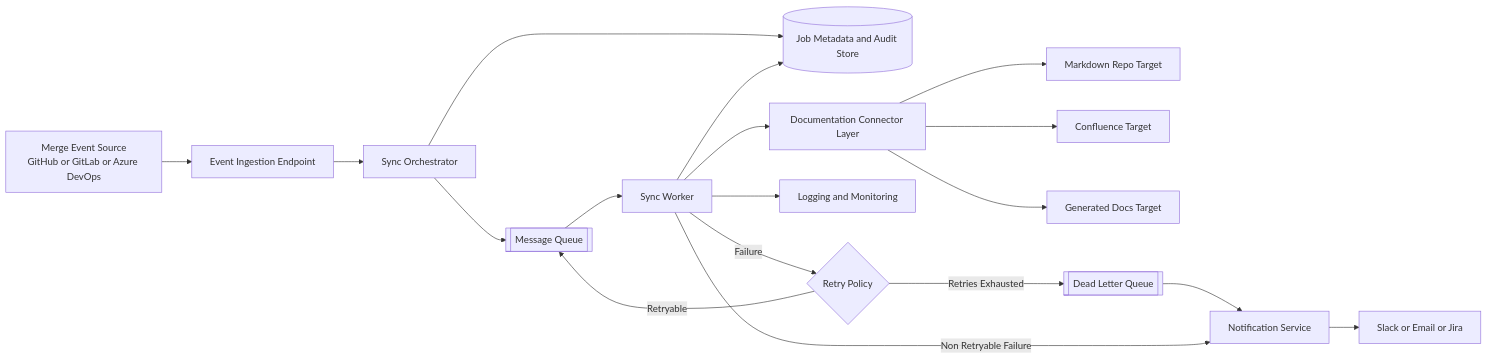
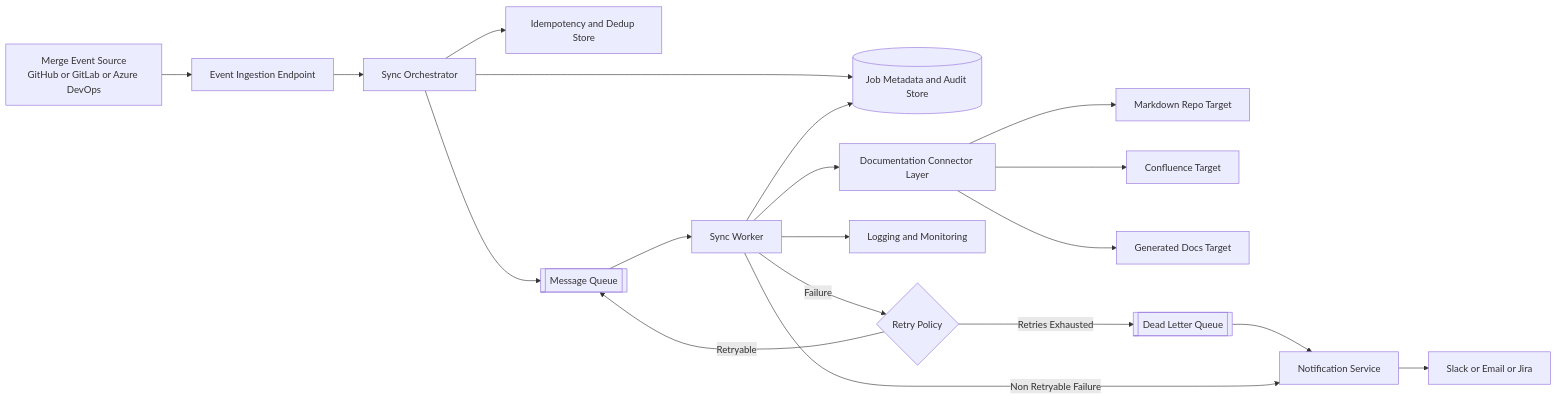
The diagram in architecture.md (ruchikajoshi88-source/github-copilot-capstone), drawn with Mermaid before and after one commit. The commit also changed other lines of this file and 1 other file, not shown here.

Commit message:
Refine architecture and add design review recommendations

```diff
--- a/architecture.md
+++ b/architecture.md
@@ -17,26 +19,27 @@
 ~~~mermaid
 flowchart LR
     A[Merge Event Source<br/>GitHub or GitLab or Azure DevOps] --> B[Event Ingestion Endpoint]
     B --> C[Sync Orchestrator]
+    C --> P[Idempotency and Dedup Store]
     C --> D[(Job Metadata and Audit Store)]
     C --> E[[Message Queue]]
 
     E --> F[Sync Worker]
     F --> G[Documentation Connector Layer]
 
     G --> H[Markdown Repo Target]
     G --> I[Confluence Target]
     G --> J[Generated Docs Target]
 
     F --> D
     F --> K[Logging and Monitoring]
 
     F -->|Failure| L{Retry Policy}
     L -->|Retryable| E
     L -->|Retries Exhausted| M[[Dead Letter Queue]]
 
     M --> N[Notification Service]
     F -->|Non Retryable Failure| N
 
     N --> O[Slack or Email or Jira]
 ~~~
```
